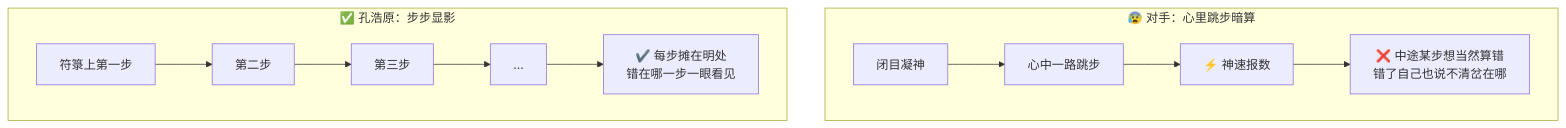
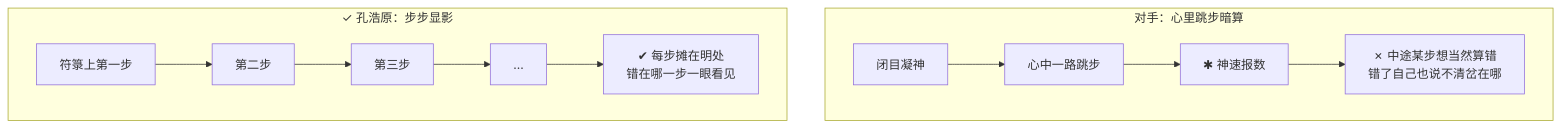
One commit to luckykhy/KhyAiHub changed the first of 3 diagrams in docs/09_STORY_修仙学AI/STORY-番外/[STORY-番外-107] 番外08·步步推演·显影心算.md. Above: the diagram before and after it, drawn with Mermaid. The commit also changed other lines of this file and 19 other files, not shown here.

````diff
--- a/docs/09_STORY_修仙学AI/STORY-番外/[STORY-番外-107] 番外08·步步推演·显影心算.md
+++ b/docs/09_STORY_修仙学AI/STORY-番外/[STORY-番外-107] 番外08·步步推演·显影心算.md
@@ -39,11 +39,11 @@
 ```mermaid
 flowchart TB
-  subgraph 对手["😰 对手：心里跳步暗算"]
-    O1["闭目凝神"] --> O2["心中一路跳步"] --> O3["⚡ 神速报数"]
-    O3 --> OBAD["❌ 中途某步想当然算错<br/>错了自己也说不清岔在哪"]
+  subgraph 对手["对手：心里跳步暗算"]
+    O1["闭目凝神"] --> O2["心中一路跳步"] --> O3["✱ 神速报数"]
+    O3 --> OBAD["✗ 中途某步想当然算错<br/>错了自己也说不清岔在哪"]
   end
-  subgraph 孔["✅ 孔浩原：步步显影"]
+  subgraph 孔["✓ 孔浩原：步步显影"]
     K1["符箓上第一步"] --> K2["第二步"] --> K3["第三步"] --> K4["…"]
-    K4 --> KGOOD["✔️ 每步摊在明处<br/>错在哪一步一眼看见"]
+    K4 --> KGOOD["✔ 每步摊在明处<br/>错在哪一步一眼看见"]
   end
 ```
````
